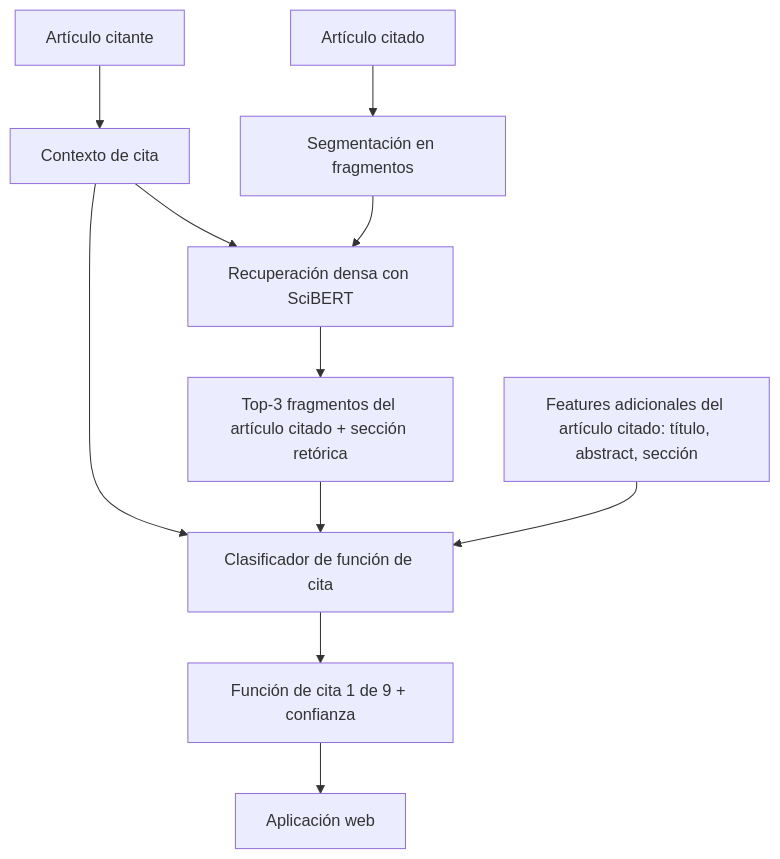
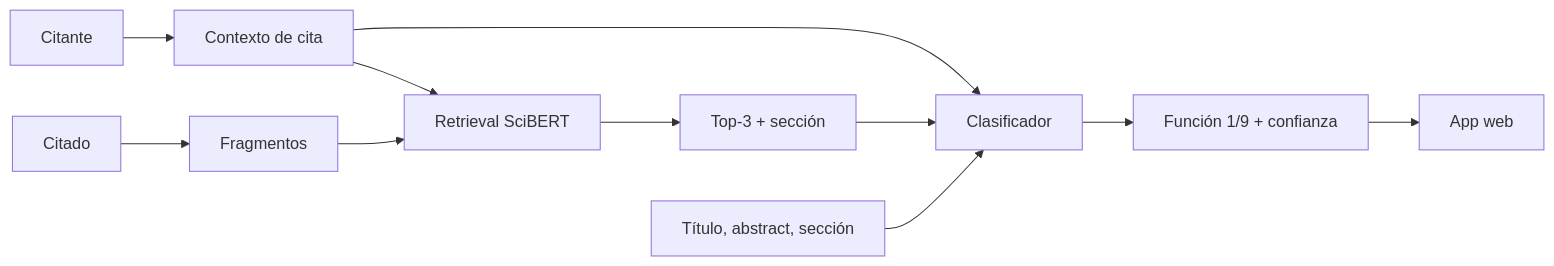
The diagram in PropuestaProyectoGrado.md (germarodr/Proyecto_Grado_MAIA), drawn with Mermaid before and after one commit. The commit also changed other lines of this file, not shown here.

````diff
--- a/PropuestaProyectoGrado.md
+++ b/PropuestaProyectoGrado.md
@@ -201,13 +108,13 @@
 ```mermaid
-flowchart TB
-    CITANTE[Artículo citante] --> CTX[Contexto de cita]
-    CITADO[Artículo citado] --> SEG[Segmentación en fragmentos]
-    CTX --> RET[Recuperación densa con SciBERT]
+flowchart LR
+    CITANTE[Citante] --> CTX[Contexto de cita]
+    CITADO[Citado] --> SEG[Fragmentos]
+    CTX --> RET[Retrieval SciBERT]
     SEG --> RET
-    RET --> TOP3[Top-3 fragmentos del artículo citado + sección retórica]
-    CTX --> CLF[Clasificador de función de cita]
+    RET --> TOP3[Top-3 + sección]
+    CTX --> CLF[Clasificador]
     TOP3 --> CLF
-    FEAT[Features adicionales del artículo citado: título, abstract, sección] --> CLF
-    CLF --> OUT[Función de cita 1 de 9 + confianza]
-    OUT --> DEMO[Aplicación web]
+    META[Título, abstract, sección] --> CLF
+    CLF --> OUT[Función 1/9 + confianza]
+    OUT --> DEMO[App web]
 ```
````
